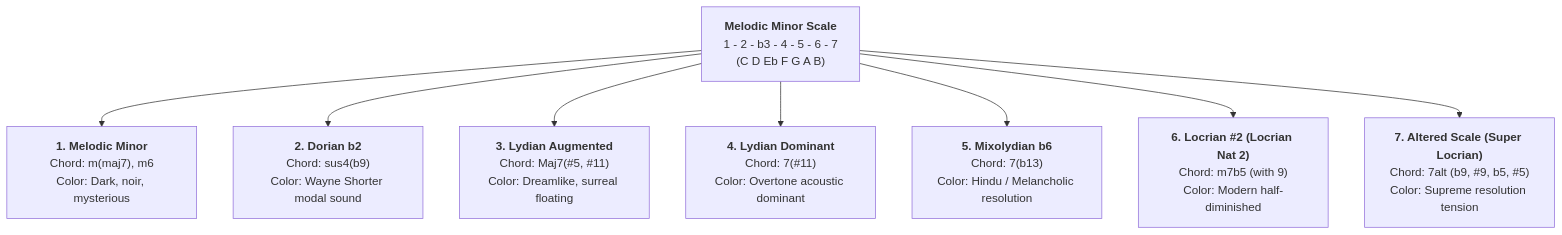
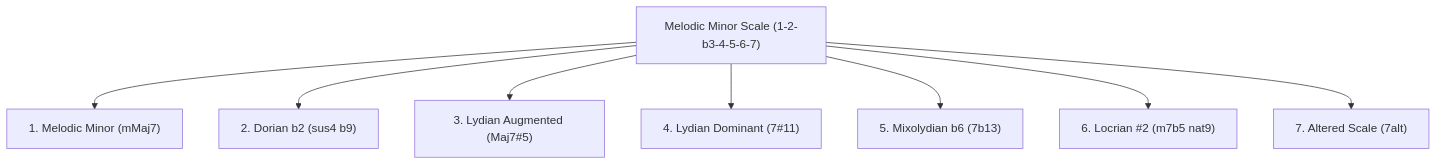
One commit to igor-kan/quarto-writing changed the third of 4 diagrams in posts/music/chord-scale-theory-superimposition-and-harmonic-derivation.qmd. Above: the diagram before and after it, drawn with Mermaid. The commit also changed other lines of this file and 1 other file, not shown here.

Commit message:
Update music theory article with images, scale structures, and mermaid fixes

````diff
--- a/posts/music/chord-scale-theory-superimposition-and-harmonic-derivation.qmd
+++ b/posts/music/chord-scale-theory-superimposition-and-harmonic-derivation.qmd
@@ -182,11 +230,11 @@
 ```{mermaid}
 flowchart TD
-    MM["<b>Melodic Minor Scale</b><br/>1 - 2 - b3 - 4 - 5 - 6 - 7<br/>(C D Eb F G A B)"]
-    MM --> M1["<b>1. Melodic Minor</b><br/>Chord: m(maj7), m6<br/>Color: Dark, noir, mysterious"]
-    MM --> M2["<b>2. Dorian b2</b><br/>Chord: sus4(b9)<br/>Color: Wayne Shorter modal sound"]
-    MM --> M3["<b>3. Lydian Augmented</b><br/>Chord: Maj7(#5, #11)<br/>Color: Dreamlike, surreal floating"]
-    MM --> M4["<b>4. Lydian Dominant</b><br/>Chord: 7(#11)<br/>Color: Overtone acoustic dominant"]
-    MM --> M5["<b>5. Mixolydian b6</b><br/>Chord: 7(b13)<br/>Color: Hindu / Melancholic resolution"]
-    MM --> M6["<b>6. Locrian #2 (Locrian Nat 2)</b><br/>Chord: m7b5 (with 9)<br/>Color: Modern half-diminished"]
-    MM --> M7["<b>7. Altered Scale (Super Locrian)</b><br/>Chord: 7alt (b9, #9, b5, #5)<br/>Color: Supreme resolution tension"]
+    MM["Melodic Minor Scale (1-2-b3-4-5-6-7)"]
+    MM --> M1["1. Melodic Minor (mMaj7)"]
+    MM --> M2["2. Dorian b2 (sus4 b9)"]
+    MM --> M3["3. Lydian Augmented (Maj7#5)"]
+    MM --> M4["4. Lydian Dominant (7#11)"]
+    MM --> M5["5. Mixolydian b6 (7b13)"]
+    MM --> M6["6. Locrian #2 (m7b5 nat9)"]
+    MM --> M7["7. Altered Scale (7alt)"]
 ```
````
